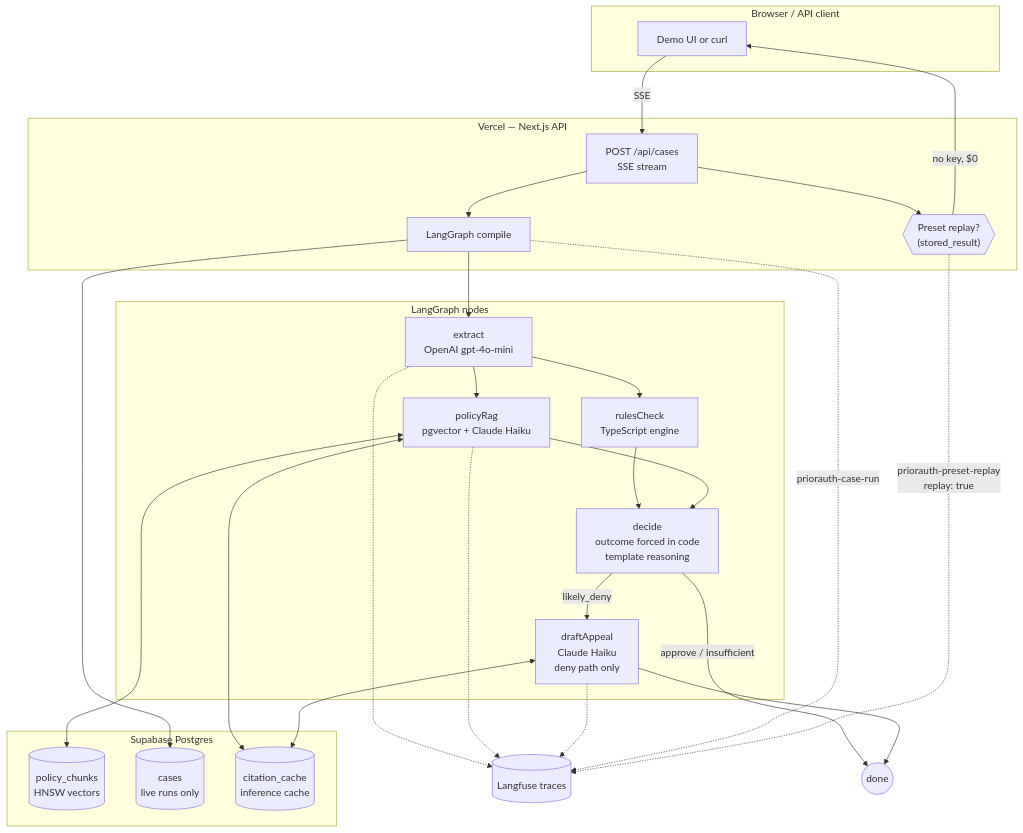
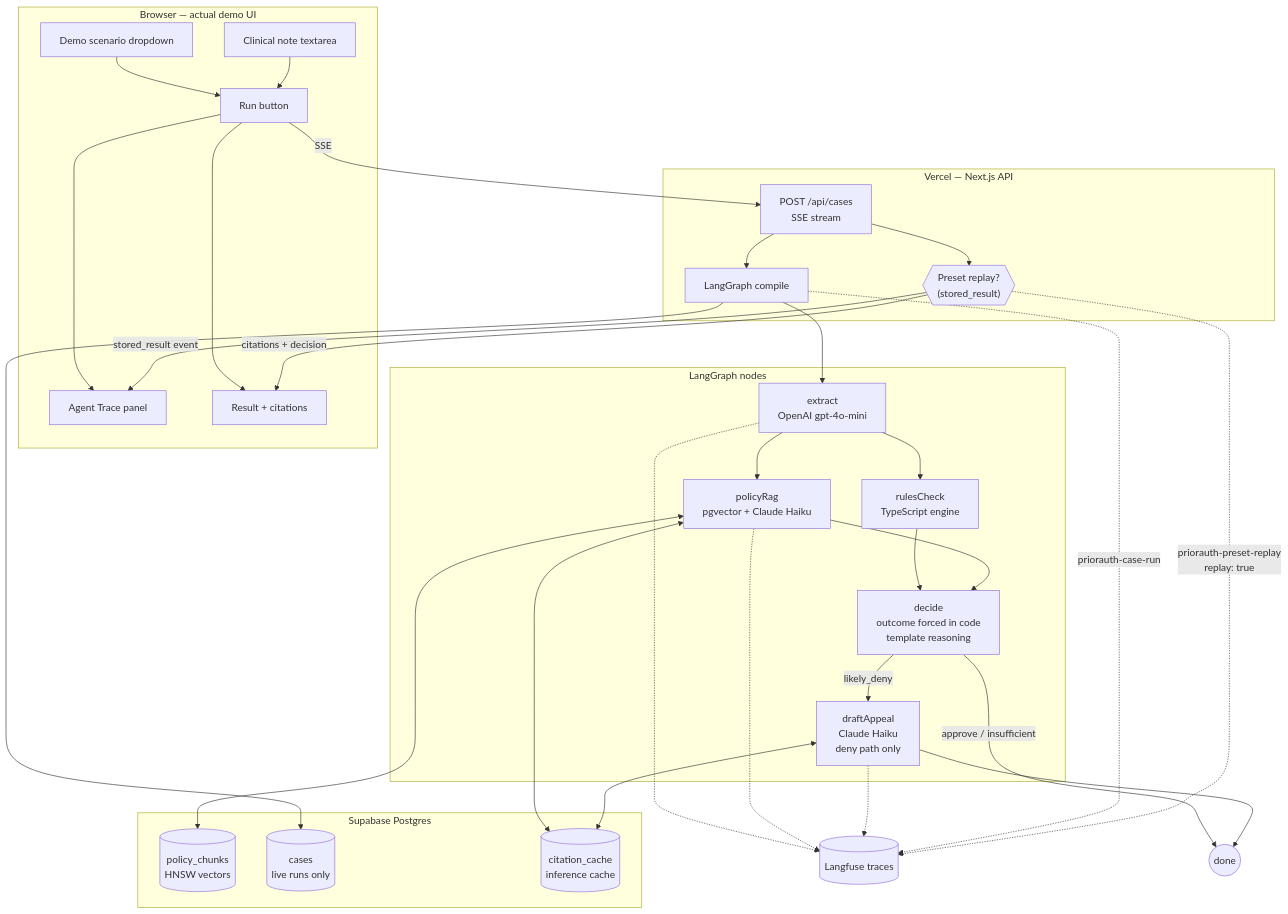
One commit to asorari09/priorauth-copilot changed the first of 3 diagrams in README.md. Above: the diagram before and after it, drawn with Mermaid. The commit also changed other lines of this file and 2 other files, not shown here.

Commit message:
Fix README trust issues and organize docs.
Drop fabricated hero image; lead with accurate Mermaid including real demo UI. Phrase regression gate as CI criterion with linked pre-optimization baseline. Move blueprint to docs/blueprint.md.

[skip-eval]

````diff
--- a/README.md
+++ b/README.md
@@ -34,48 +31,57 @@
 ```mermaid
 flowchart TB
-  subgraph Client["Browser / API client"]
-    UI[Demo UI or curl]
+  subgraph Client["Browser — actual demo UI"]
+    DD[Demo scenario dropdown]
+    TA[Clinical note textarea]
+    BTN[Run button]
+    TR[Agent Trace panel]
+    RS[Result + citations]
+    DD --> BTN
+    TA --> BTN
+    BTN --> TR
+    BTN --> RS
   end
 
   subgraph Vercel["Vercel — Next.js API"]
     API["POST /api/cases\nSSE stream"]
     Replay{{"Preset replay?\n(stored_result)"}}
     Graph[LangGraph compile]
   end
 
   subgraph Pipeline["LangGraph nodes"]
     E[extract\nOpenAI gpt-4o-mini]
     R[rulesCheck\nTypeScript engine]
     P[policyRag\npgvector + Claude Haiku]
     D[decide\noutcome forced in code\ntemplate reasoning]
     A[draftAppeal\nClaude Haiku\ndeny path only]
   end
 
   subgraph Data["Supabase Postgres"]
     PC[(policy_chunks\nHNSW vectors)]
     CS[(cases\nlive runs only)]
     CC[(citation_cache\ninference cache)]
   end
 
   LF[(Langfuse traces)]
 
-  UI -->|SSE| API
+  BTN -->|SSE| API
   API --> Replay
-  Replay -->|no key, $0| UI
+  Replay -->|stored_result event| TR
+  Replay -->|citations + decision| RS
   API --> Graph
   Graph --> E
   E --> R
   E --> P
   R --> D
   P --> D
   D -->|likely_deny| A
   D -->|approve / insufficient| END((done))
   A --> END
   P <--> PC
   P <--> CC
   A <--> CC
   Graph --> CS
   E & P & A -.-> LF
   Graph -.->|priorauth-case-run| LF
   Replay -.->|priorauth-preset-replay\nreplay: true| LF
 ```
````
